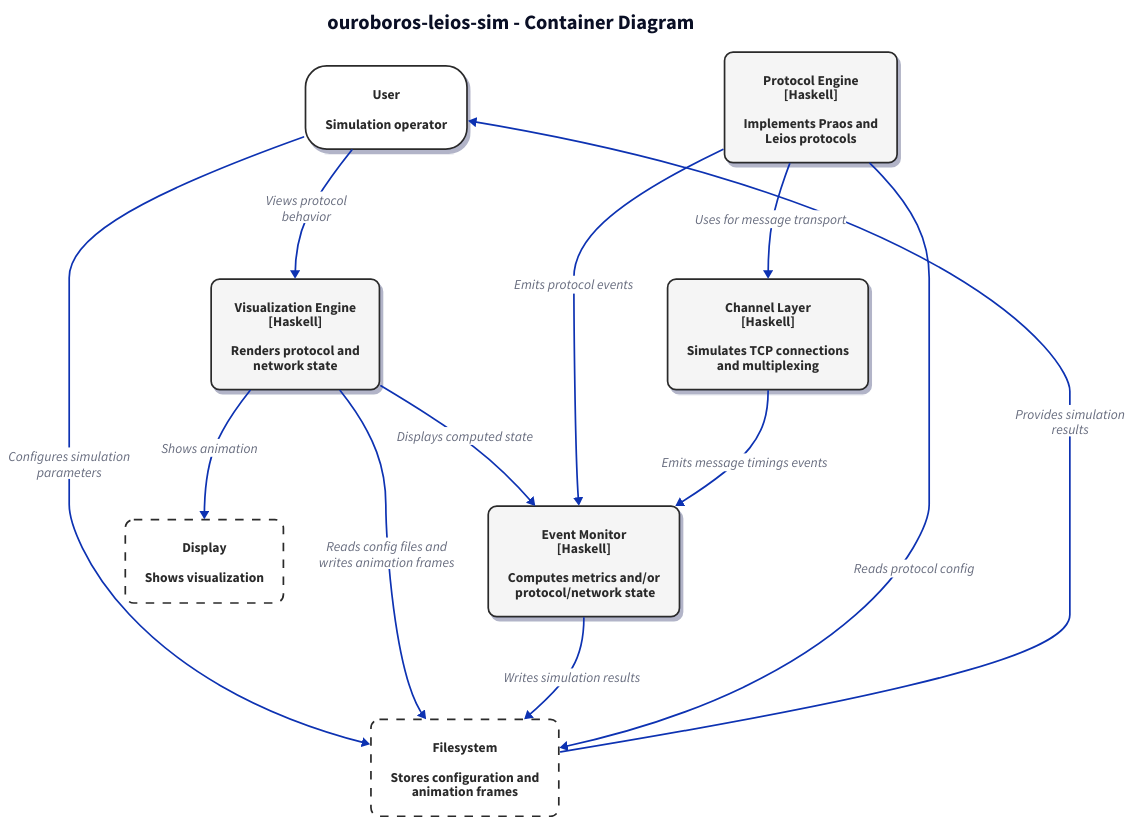
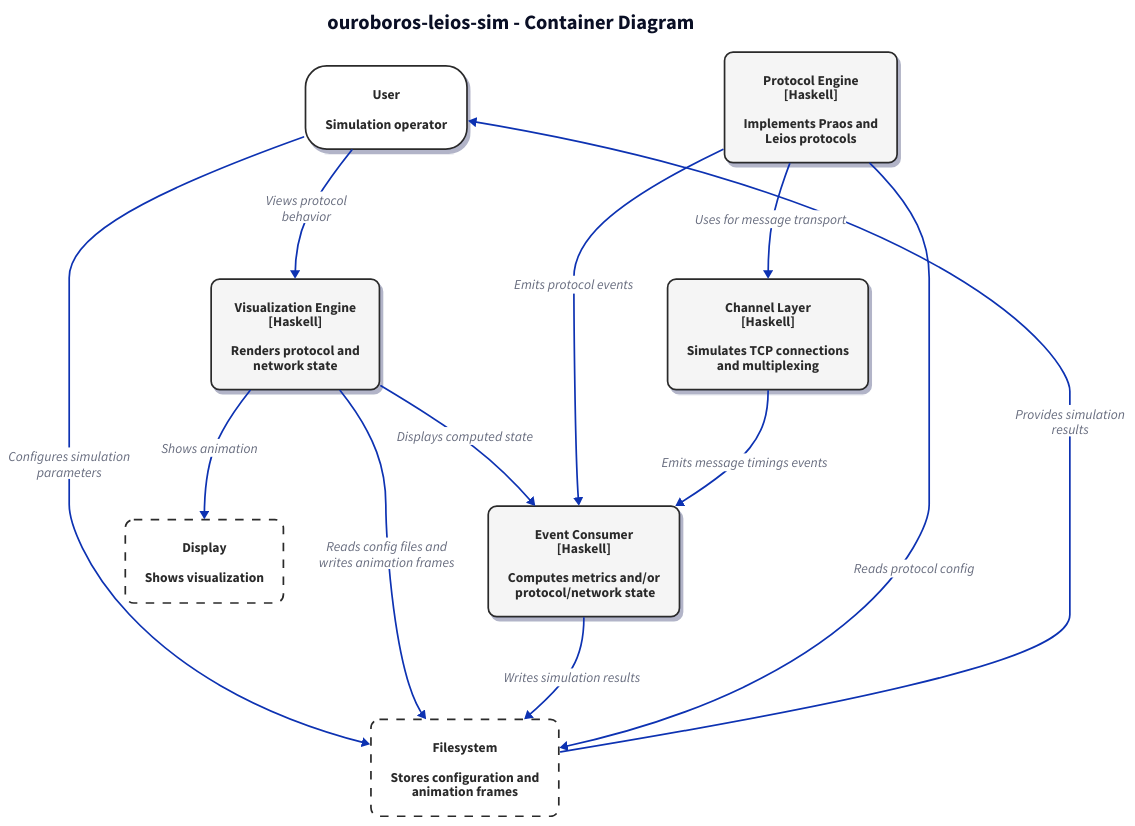
One commit to input-output-hk/ouroboros-leios changed the diagram in simulation/docs/container.d2. Above: the diagram before and after it, drawn with D2. The commit also changed 3 other files, not shown here.

```diff
--- a/simulation/docs/container.d2
+++ b/simulation/docs/container.d2
@@ -1,94 +1,94 @@
 title: {
   label: "ouroboros-leios-sim - Container Diagram"
   near: top-center
   shape: text
   style.font-size: 24
   style.bold: true
 }
 
 # Styles
 classes: {
   container: {
     style: {
       stroke: "#2a2a2a"
       fill: "#f5f5f5"
       font-color: "#2a2a2a"
       border-radius: 10
       shadow: true
     }
   }
   external: {
     style: {
       stroke: "#2a2a2a"
       fill: "#ffffff"
       font-color: "#2a2a2a"
       border-radius: 10
       stroke-dash: 5
     }
   }
   actor: {
     style: {
       stroke: "#2a2a2a"
       fill: "#ffffff"
       font-color: "#2a2a2a"
       border-radius: 25
       shadow: true
     }
   }
 }
 
 user: {
   class: actor
   label: "User\n\nSimulation operator"
 }
 
 protocol-engine: {
   class: container
   label: "Protocol Engine\n[Haskell]\n\nImplements Praos and\nLeios protocols"
 }
 
 network: {
   class: container
   label: "Channel Layer\n[Haskell]\n\nSimulates TCP connections\nand multiplexing"
 }
 
 monitor: {
   class: container
-  label: "Event Monitor\n[Haskell]\n\nComputes metrics and/or\n protocol/network state"
+  label: "Event Consumer\n[Haskell]\n\nComputes metrics and/or\n protocol/network state"
 }
 
 viz: {
   class: container
   label: "Visualization Engine\n[Haskell]\n\nRenders protocol and\nnetwork state"
 }
 
 filesystem: {
   class: external
   label: "Filesystem\n\nStores configuration and\nanimation frames"
 }
 
 display: {
   class: external
   label: "Display\n\nShows visualization"
 }
 
 # Relationships
 user -> viz: "Views protocol\nbehavior"
 user -> filesystem: "Configures simulation\nparameters"
 
 viz -> filesystem: "Reads config files and\nwrites animation frames"
 #viz -> protocol-engine: "Visualizes protocol state"
 #viz -> network: "Visualizes network state"
 viz -> monitor: "Displays computed state"
 viz -> display: "Shows animation"
 
 monitor -> filesystem: "Writes simulation results"
 
 protocol-engine -> network: "Uses for message transport"
 protocol-engine -> monitor: "Emits protocol events"
 protocol-engine -> filesystem: "Reads protocol config"
 
 network -> monitor: "Emits message timings events"
 
 
 filesystem -> user: "Provides simulation\nresults"
```
